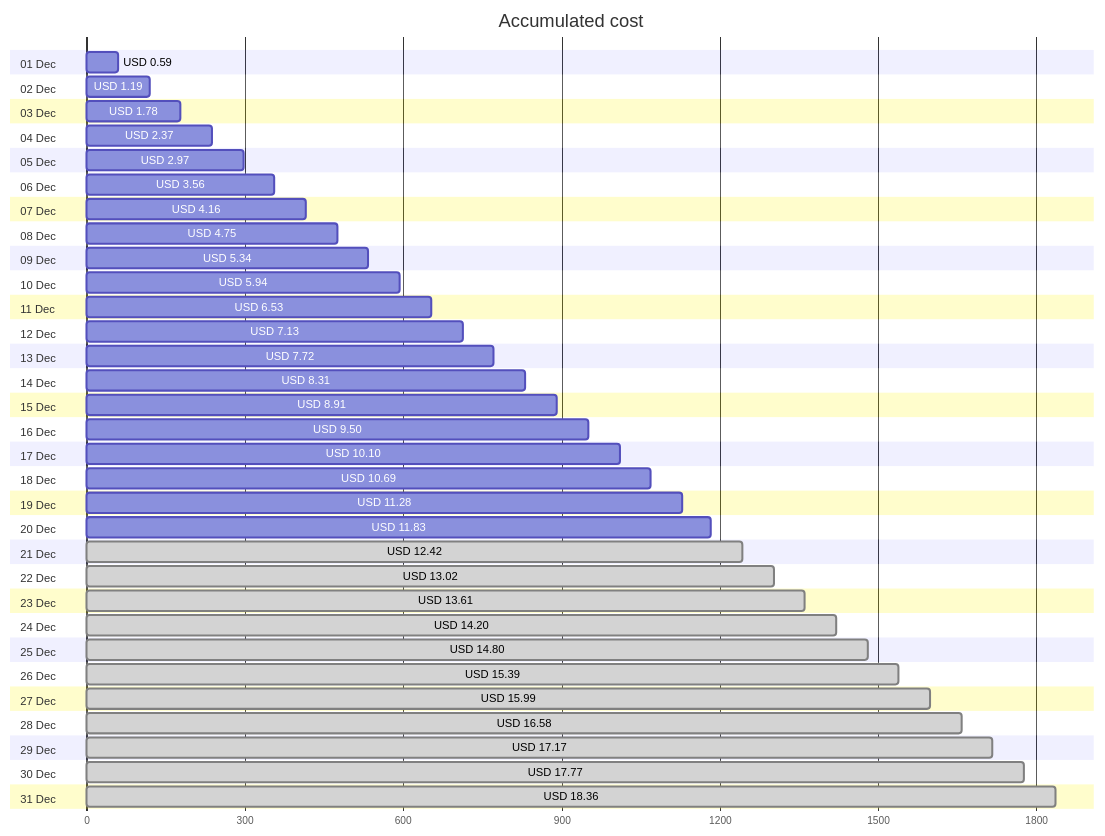
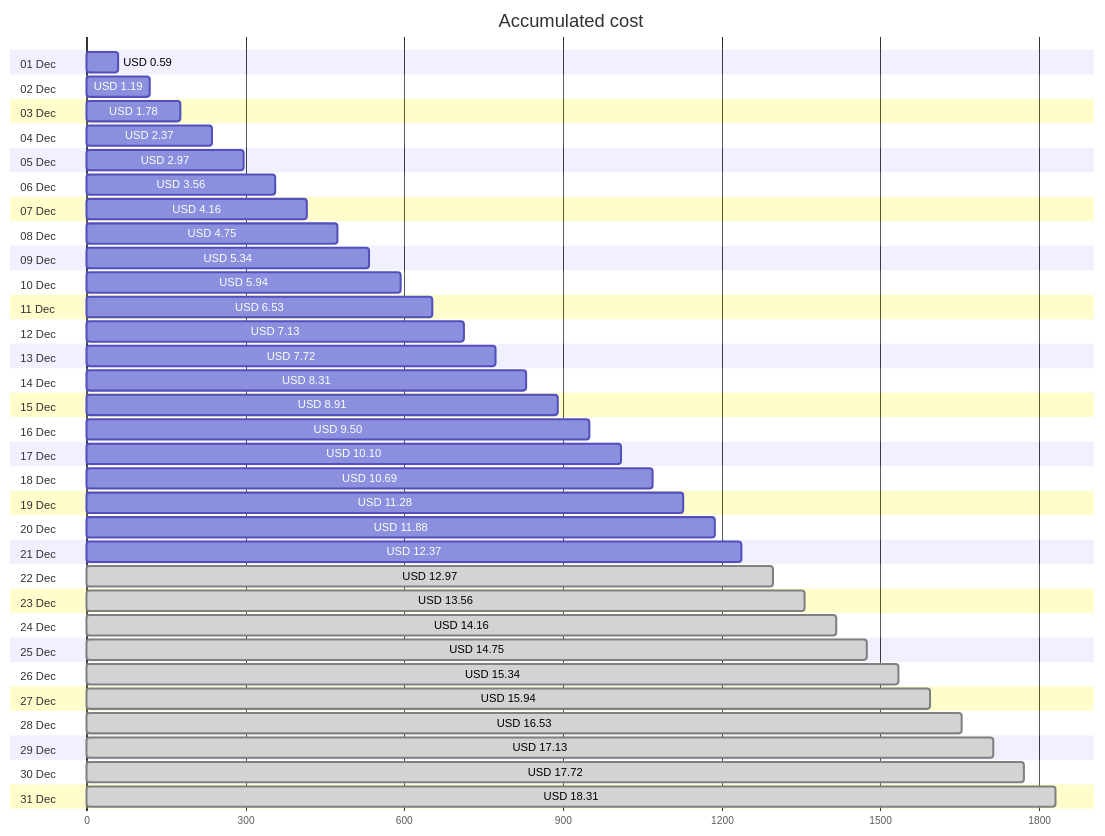
The first of 4 diagrams in cost-reports/personal-site/README.md (jpfulton/azure-personal-reports), drawn with Mermaid before and after one commit. The commit also changed other lines of this file and 6 other files, not shown here.

````diff
--- a/cost-reports/personal-site/README.md
+++ b/cost-reports/personal-site/README.md
@@ -20,68 +20,68 @@
 ```mermaid
 gantt
    title Accumulated cost
    dateFormat  X
    axisFormat %s
    section 01 Dec
    USD 0.59 :0, 59
    section 02 Dec
    USD 1.19 :0, 119
    section 03 Dec
    USD 1.78 :0, 178
    section 04 Dec
    USD 2.37 :0, 237
    section 05 Dec
    USD 2.97 :0, 297
    section 06 Dec
    USD 3.56 :0, 356
    section 07 Dec
    USD 4.16 :0, 416
    section 08 Dec
    USD 4.75 :0, 475
    section 09 Dec
    USD 5.34 :0, 534
    section 10 Dec
    USD 5.94 :0, 594
    section 11 Dec
    USD 6.53 :0, 653
    section 12 Dec
    USD 7.13 :0, 713
    section 13 Dec
    USD 7.72 :0, 772
    section 14 Dec
    USD 8.31 :0, 831
    section 15 Dec
    USD 8.91 :0, 891
    section 16 Dec
    USD 9.50 :0, 950
    section 17 Dec
    USD 10.10 :0, 1010
    section 18 Dec
    USD 10.69 :0, 1069
    section 19 Dec
    USD 11.28 :0, 1128
    section 20 Dec
-   USD 11.83 :0, 1183
+   USD 11.88 :0, 1188
    section 21 Dec
-   USD 12.42 : done, 0, 1242
+   USD 12.37 :0, 1237
    section 22 Dec
-   USD 13.02 : done, 0, 1302
+   USD 12.97 : done, 0, 1297
    section 23 Dec
-   USD 13.61 : done, 0, 1361
+   USD 13.56 : done, 0, 1356
    section 24 Dec
-   USD 14.20 : done, 0, 1420
+   USD 14.16 : done, 0, 1416
    section 25 Dec
-   USD 14.80 : done, 0, 1480
+   USD 14.75 : done, 0, 1475
    section 26 Dec
-   USD 15.39 : done, 0, 1539
+   USD 15.34 : done, 0, 1534
    section 27 Dec
-   USD 15.99 : done, 0, 1599
+   USD 15.94 : done, 0, 1594
    section 28 Dec
-   USD 16.58 : done, 0, 1658
+   USD 16.53 : done, 0, 1653
    section 29 Dec
-   USD 17.17 : done, 0, 1717
+   USD 17.13 : done, 0, 1713
    section 30 Dec
-   USD 17.77 : done, 0, 1777
+   USD 17.72 : done, 0, 1772
    section 31 Dec
-   USD 18.36 : done, 0, 1836
+   USD 18.31 : done, 0, 1831
 ```
````
